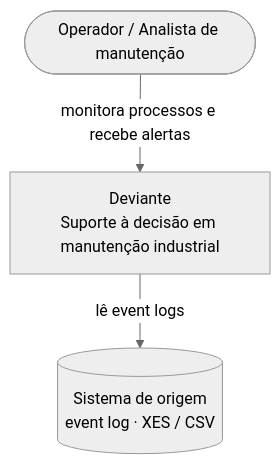
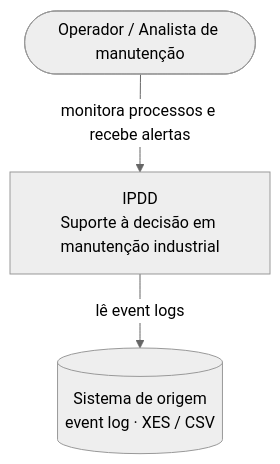
One commit to aland3r/deviante-docs changed the first of 5 diagrams in architecture/arc42.md. Above: the diagram before and after it, drawn with Mermaid (neutral theme). The commit also changed other lines of this file and 1 other file, not shown here.

Commit message:
rename product deviante to ipdd in docs, credit denise sato

````diff
--- a/architecture/arc42.md
+++ b/architecture/arc42.md
@@ -48,9 +51,9 @@
 ```mermaid
 flowchart TB
     operador([Operador / Analista de manutenção])
-    deviante["Deviante<br/>Suporte à decisão em manutenção industrial"]
+    ipdd["IPDD<br/>Suporte à decisão em manutenção industrial"]
     origem[("Sistema de origem<br/>event log · XES / CSV")]
 
-    operador -->|monitora processos e recebe alertas| deviante
-    deviante -->|lê event logs| origem
+    operador -->|monitora processos e recebe alertas| ipdd
+    ipdd -->|lê event logs| origem
 ```
````
